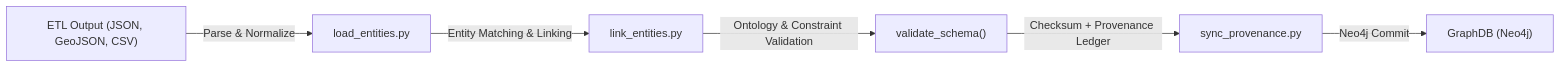
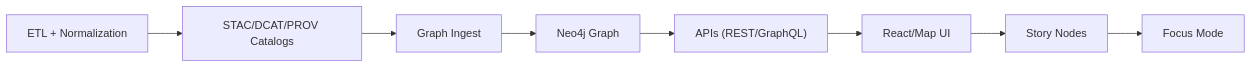
One commit to bartytime4life/Kansas-Frontier-Matrix changed the first of 2 diagrams in src/graph/ingest/README.md. Above: the diagram before and after it, drawn with Mermaid. The commit also changed other lines of this file, not shown here.

````diff
--- a/src/graph/ingest/README.md
+++ b/src/graph/ingest/README.md
@@ -52,8 +159,10 @@
-```mermaid
+~~~mermaid
 flowchart LR
-    A["ETL Output (JSON, GeoJSON, CSV)"] -->|"Parse & Normalize"| B["load_entities.py"]
-    B -->|"Entity Matching & Linking"| C["link_entities.py"]
-    C -->|"Ontology & Constraint Validation"| D["validate_schema()"]
-    D -->|"Checksum + Provenance Ledger"| E["sync_provenance.py"]
-    E -->|"Neo4j Commit"| F["GraphDB (Neo4j)"]
-```
+  A["ETL + Normalization"] --> B["STAC/DCAT/PROV Catalogs"]
+  B --> C["Graph Ingest"]
+  C --> D["Neo4j Graph"]
+  D --> E["APIs (REST/GraphQL)"]
+  E --> F["React/Map UI"]
+  F --> G["Story Nodes"]
+  G --> H["Focus Mode"]
+~~~
````
